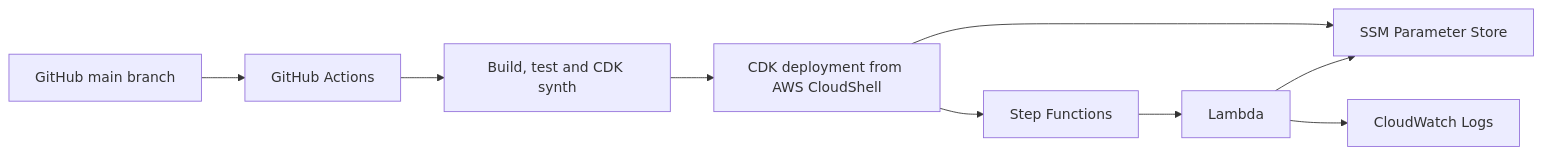
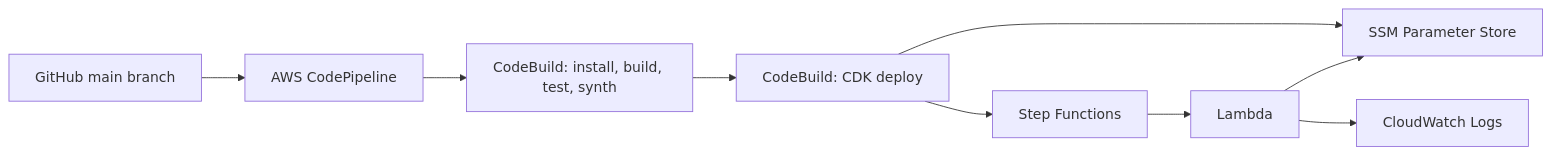
The diagram in README.md (RURIGIMK/aws-serverless-workflow-platform), drawn with Mermaid before and after one commit. The commit also changed other lines of this file, not shown here.

Commit message:
Document CodePipeline and automated CDK deployment

````diff
--- a/README.md
+++ b/README.md
@@ -14,11 +14,11 @@
 ```mermaid
 flowchart LR
-  G[GitHub main branch] --> A[GitHub Actions]
-  A --> V[Build, test and CDK synth]
-  V --> D[CDK deployment from AWS CloudShell]
+  G[GitHub main branch] --> P[AWS CodePipeline]
+  P --> B[CodeBuild: install, build, test, synth]
+  B --> D[CodeBuild: CDK deploy]
   D --> S[SSM Parameter Store]
   D --> F[Step Functions]
   F --> L[Lambda]
   L --> S
   L --> C[CloudWatch Logs]
 ```
````
